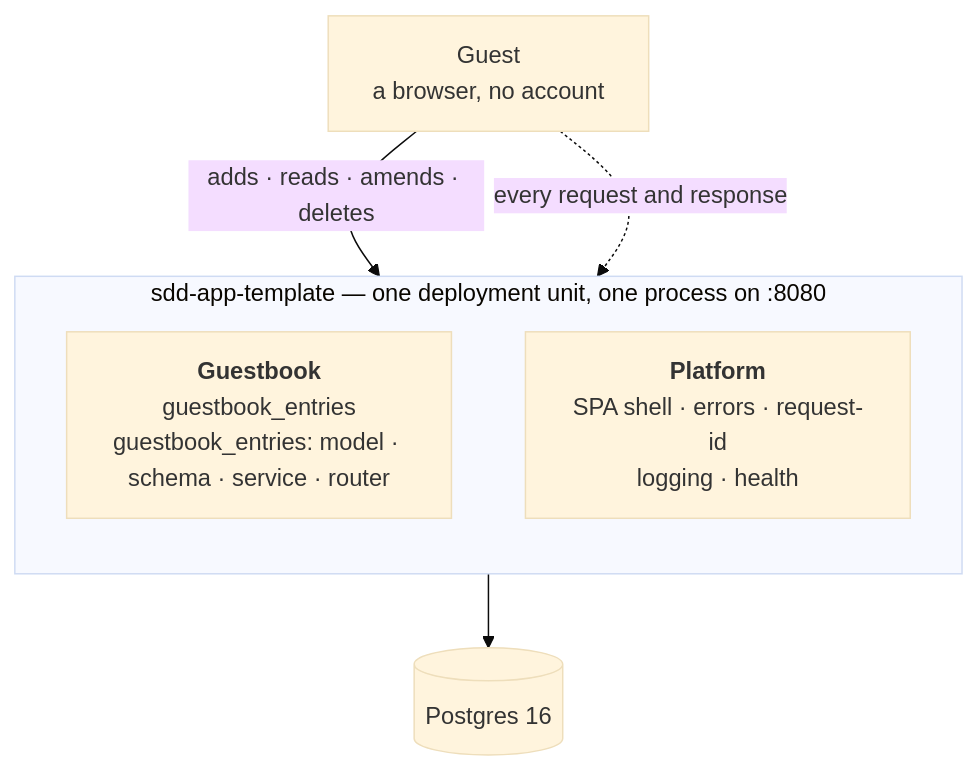
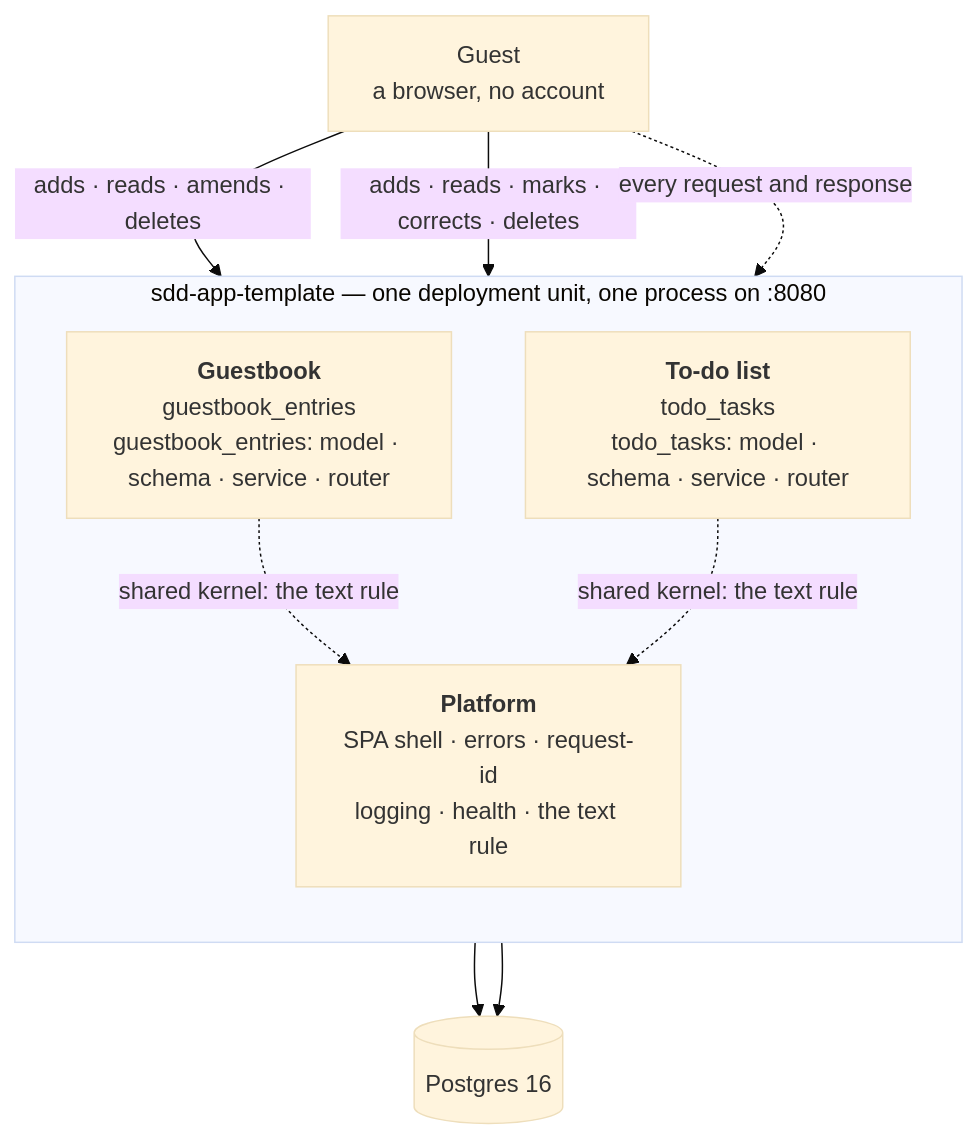
Before and after one commit to jarekwasowskiscalo/forge-test2-react: the first of 2 diagrams in spec/design/architecture.md, drawn with Mermaid (base theme). The commit also changed other lines of this file and 13 other files, not shown here.

First line of the commit message:
chore(sdd): CR-2609-823a -- step “design-architecture, design-api, design-data, design-testing” verified

````diff
--- a/spec/design/architecture.md
+++ b/spec/design/architecture.md
@@ -34,16 +40,21 @@
 ```mermaid
 flowchart TB
     OP["Guest<br/>a browser, no account"]
 
     subgraph APP["sdd-app-template — one deployment unit, one process on :8080"]
         direction TB
         GB["<b>Guestbook</b><br/>guestbook_entries<br/>guestbook_entries: model · schema · service · router"]
-        PLAT["<b>Platform</b><br/>SPA shell · errors · request-id<br/>logging · health"]
+        TL["<b>To-do list</b><br/>todo_tasks<br/>todo_tasks: model · schema · service · router"]
+        PLAT["<b>Platform</b><br/>SPA shell · errors · request-id<br/>logging · health · the text rule"]
     end
 
     DB[("Postgres 16")]
 
     OP -->|"adds · reads · amends · deletes"| GB
+    OP -->|"adds · reads · marks · corrects · deletes"| TL
     OP -.->|"every request and response"| PLAT
+    GB -.->|"shared kernel: the text rule"| PLAT
+    TL -.->|"shared kernel: the text rule"| PLAT
     GB --> DB
+    TL --> DB
 ```
````
